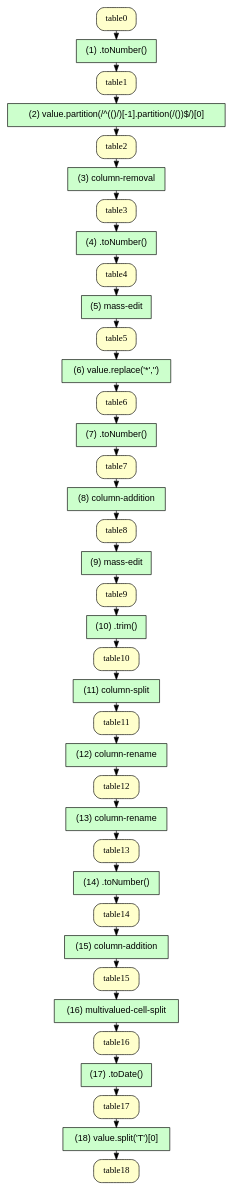
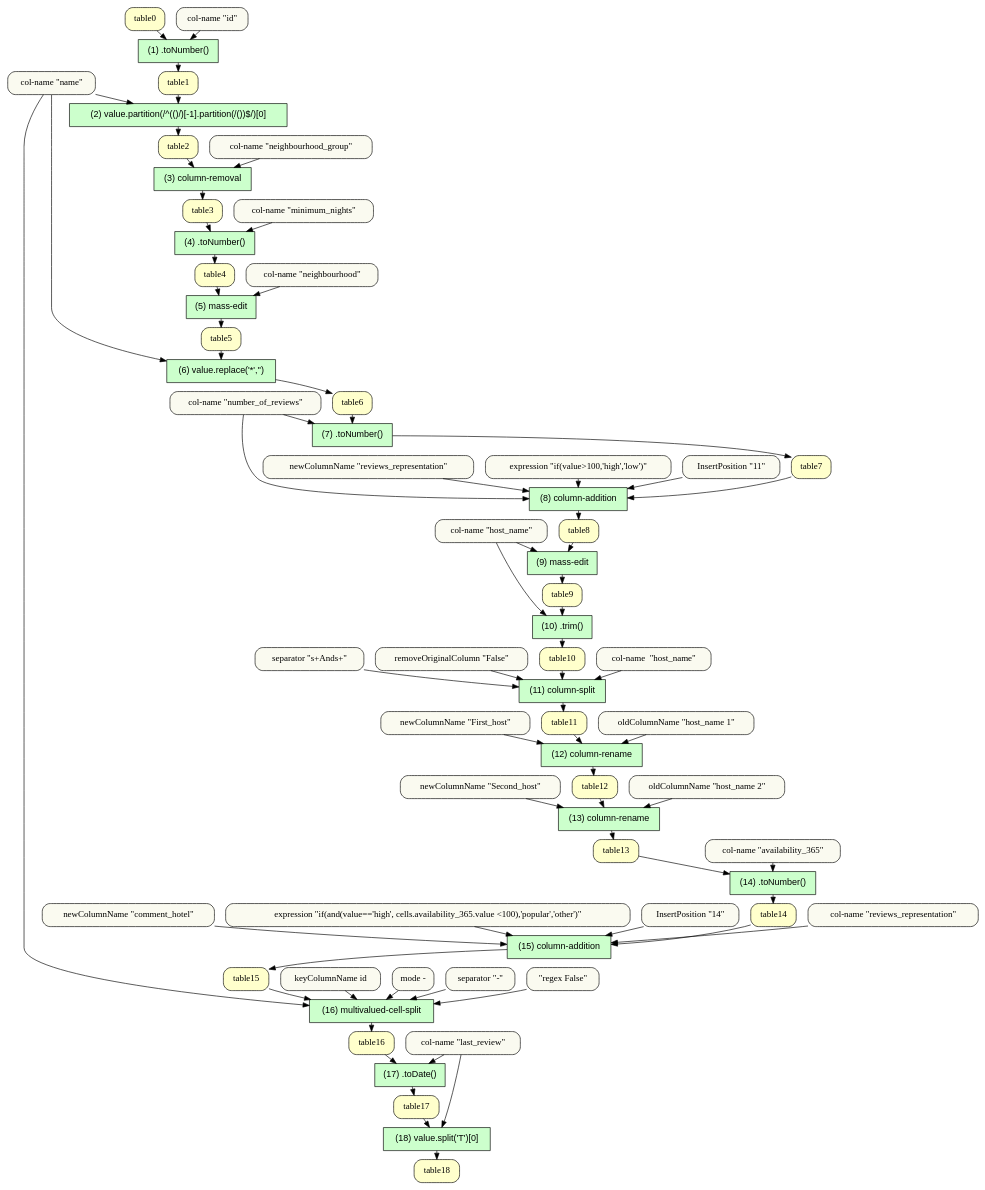
One commit to idaks/ORMA-IDCC-2021 changed the diagram in usecase2/table_view/table_view.gv. Above: the diagram before and after it, drawn with Graphviz. The commit also changed 1 other file, not shown here.

```diff
--- a/usecase2/table_view/table_view.gv
+++ b/usecase2/table_view/table_view.gv
@@ -1,95 +1,160 @@
 digraph "ORMA-Table-View" {
 	graph [ranksep=0.2]
 	node [fillcolor="#FFFFCC" shape=box style="rounded,filled"]
 	table0
 	table1
 	table1
 	table2
 	table2
 	table3
 	table3
 	table4
 	table4
 	table5
 	table5
 	table6
 	table6
 	table7
 	table7
 	table8
 	table8
 	table9
 	table9
 	table10
 	table10
 	table11
 	table11
 	table12
 	table12
 	table13
 	table13
 	table14
 	table14
 	table15
 	table15
 	table16
 	table16
 	table17
 	table17
 	table18
+	node [fillcolor="#FAFAF0" shape=box style="rounded,filled"]
+	"col-name \"id\""
+	"col-name \"name\""
+	"col-name \"neighbourhood_group\""
+	"col-name \"minimum_nights\""
+	"col-name \"neighbourhood\""
+	"col-name \"name\""
+	"col-name \"number_of_reviews\""
+	"col-name \"number_of_reviews\""
+	"newColumnName \"reviews_representation\""
+	"expression \"if(value>100,'high','low')\""
+	"InsertPosition \"11\""
+	"col-name \"host_name\""
+	"col-name \"host_name\""
+	"col-name  \"host_name\""
+	"separator \"\s+And\s+\""
+	"removeOriginalColumn \"False\""
+	"oldColumnName \"host_name 1\""
+	"newColumnName \"First_host\""
+	"oldColumnName \"host_name 2\""
+	"newColumnName \"Second_host\""
+	"col-name \"availability_365\""
+	"col-name \"reviews_representation\""
+	"newColumnName \"comment_hotel\""
+	"expression \"if(and(value=='high', cells.availability_365.value <100),'popular','other')\""
+	"InsertPosition \"14\""
+	"col-name \"name\""
+	"keyColumnName id"
+	"mode -"
+	"separator \"-\""
+	"\"regex False\""
+	"col-name \"last_review\""
+	"col-name \"last_review\""
 	node [fillcolor="#CCFFCC" fontname=Helvetica peripheries=1 shape=box style=filled]
 	"(1) .toNumber()"
 	"(2) value.partition(/^(\()/)[-1].partition(/(\))$/)[0]"
 	"(3) column-removal"
 	"(4) .toNumber()"
 	"(5) mass-edit"
 	"(6) value.replace('*','')"
 	"(7) .toNumber()"
 	"(8) column-addition"
 	"(9) mass-edit"
 	"(10) .trim()"
 	"(11) column-split"
 	"(12) column-rename"
 	"(13) column-rename"
 	"(14) .toNumber()"
 	"(15) column-addition"
 	"(16) multivalued-cell-split"
 	"(17) .toDate()"
 	"(18) value.split('T')[0]"
 	table0 -> "(1) .toNumber()"
+	"col-name \"id\"" -> "(1) .toNumber()"
 	"(1) .toNumber()" -> table1
 	table1 -> "(2) value.partition(/^(\()/)[-1].partition(/(\))$/)[0]"
+	"col-name \"name\"" -> "(2) value.partition(/^(\()/)[-1].partition(/(\))$/)[0]"
 	"(2) value.partition(/^(\()/)[-1].partition(/(\))$/)[0]" -> table2
 	table2 -> "(3) column-removal"
+	"col-name \"neighbourhood_group\"" -> "(3) column-removal"
 	"(3) column-removal" -> table3
 	table3 -> "(4) .toNumber()"
+	"col-name \"minimum_nights\"" -> "(4) .toNumber()"
 	"(4) .toNumber()" -> table4
 	table4 -> "(5) mass-edit"
+	"col-name \"neighbourhood\"" -> "(5) mass-edit"
 	"(5) mass-edit" -> table5
 	table5 -> "(6) value.replace('*','')"
+	"col-name \"name\"" -> "(6) value.replace('*','')"
 	"(6) value.replace('*','')" -> table6
 	table6 -> "(7) .toNumber()"
+	"col-name \"number_of_reviews\"" -> "(7) .toNumber()"
 	"(7) .toNumber()" -> table7
 	table7 -> "(8) column-addition"
+	"col-name \"number_of_reviews\"" -> "(8) column-addition"
+	"newColumnName \"reviews_representation\"" -> "(8) column-addition"
+	"expression \"if(value>100,'high','low')\"" -> "(8) column-addition"
+	"InsertPosition \"11\"" -> "(8) column-addition"
 	"(8) column-addition" -> table8
 	table8 -> "(9) mass-edit"
+	"col-name \"host_name\"" -> "(9) mass-edit"
 	"(9) mass-edit" -> table9
 	table9 -> "(10) .trim()"
+	"col-name \"host_name\"" -> "(10) .trim()"
 	"(10) .trim()" -> table10
 	table10 -> "(11) column-split"
+	"col-name  \"host_name\"" -> "(11) column-split"
+	"separator \"\s+And\s+\"" -> "(11) column-split"
+	"removeOriginalColumn \"False\"" -> "(11) column-split"
 	"(11) column-split" -> table11
 	table11 -> "(12) column-rename"
+	"oldColumnName \"host_name 1\"" -> "(12) column-rename"
+	"newColumnName \"First_host\"" -> "(12) column-rename"
 	"(12) column-rename" -> table12
 	table12 -> "(13) column-rename"
+	"oldColumnName \"host_name 2\"" -> "(13) column-rename"
+	"newColumnName \"Second_host\"" -> "(13) column-rename"
 	"(13) column-rename" -> table13
 	table13 -> "(14) .toNumber()"
+	"col-name \"availability_365\"" -> "(14) .toNumber()"
 	"(14) .toNumber()" -> table14
 	table14 -> "(15) column-addition"
+	"col-name \"reviews_representation\"" -> "(15) column-addition"
+	"newColumnName \"comment_hotel\"" -> "(15) column-addition"
+	"expression \"if(and(value=='high', cells.availability_365.value <100),'popular','other')\"" -> "(15) column-addition"
+	"InsertPosition \"14\"" -> "(15) column-addition"
 	"(15) column-addition" -> table15
 	table15 -> "(16) multivalued-cell-split"
+	"col-name \"name\"" -> "(16) multivalued-cell-split"
+	"keyColumnName id" -> "(16) multivalued-cell-split"
+	"mode -" -> "(16) multivalued-cell-split"
+	"separator \"-\"" -> "(16) multivalued-cell-split"
+	"\"regex False\"" -> "(16) multivalued-cell-split"
 	"(16) multivalued-cell-split" -> table16
 	table16 -> "(17) .toDate()"
+	"col-name \"last_review\"" -> "(17) .toDate()"
 	"(17) .toDate()" -> table17
 	table17 -> "(18) value.split('T')[0]"
+	"col-name \"last_review\"" -> "(18) value.split('T')[0]"
 	"(18) value.split('T')[0]" -> table18
 }
```
